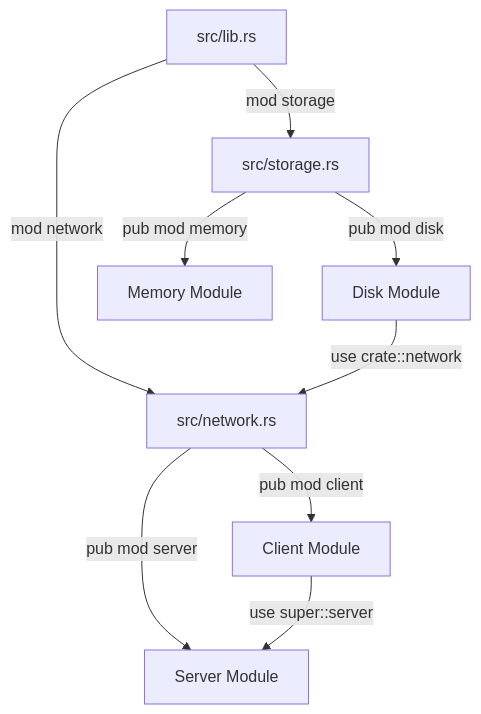
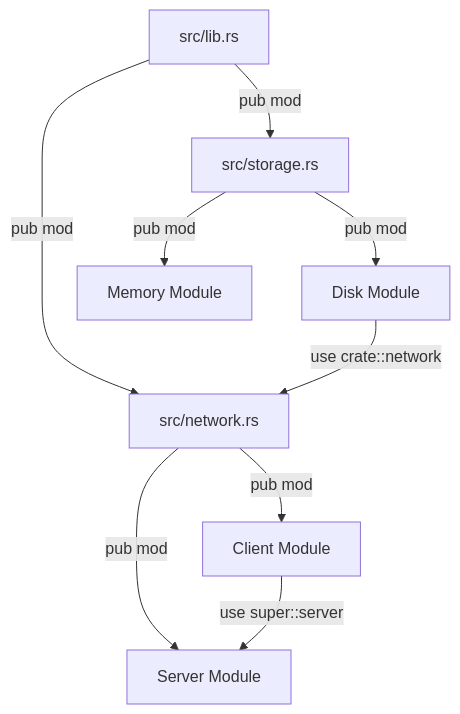
The third of 6 diagrams in Software Engineering/02 - Rust Engineering/01 - Rust Fundamentals/03 - Cargo, Crates, and the Module System.md (Leito2/Learning), drawn with Mermaid before and after one commit. The commit also changed other lines of this file and 41 other files, not shown here.

````diff
--- a/Software Engineering/02 - Rust Engineering/01 - Rust Fundamentals/03 - Cargo, Crates, and the Module System.md
+++ b/Software Engineering/02 - Rust Engineering/01 - Rust Fundamentals/03 - Cargo, Crates, and the Module System.md
@@ -133,11 +269,11 @@
 ```mermaid
 graph TD
-    A[src/lib.rs] -->|mod network| B[src/network.rs]
-    A -->|mod storage| C[src/storage.rs]
-    B -->|pub mod client| D[Client Module]
-    B -->|pub mod server| E[Server Module]
-    C -->|pub mod disk| F[Disk Module]
-    C -->|pub mod memory| G[Memory Module]
+    A[src/lib.rs] -->|pub mod| B[src/network.rs]
+    A -->|pub mod| C[src/storage.rs]
+    B -->|pub mod| D[Client Module]
+    B -->|pub mod| E[Server Module]
+    C -->|pub mod| F[Disk Module]
+    C -->|pub mod| G[Memory Module]
     D -->|use super::server| E
     F -->|use crate::network| B
 ```
````
